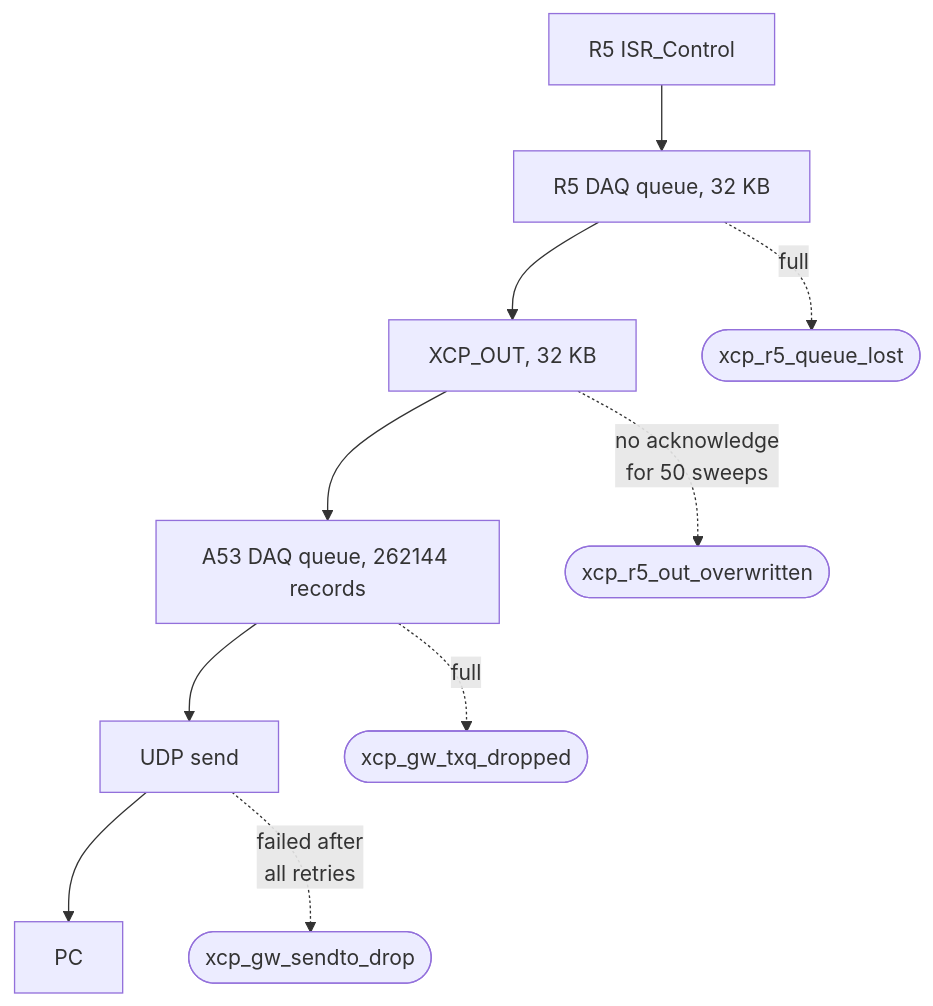
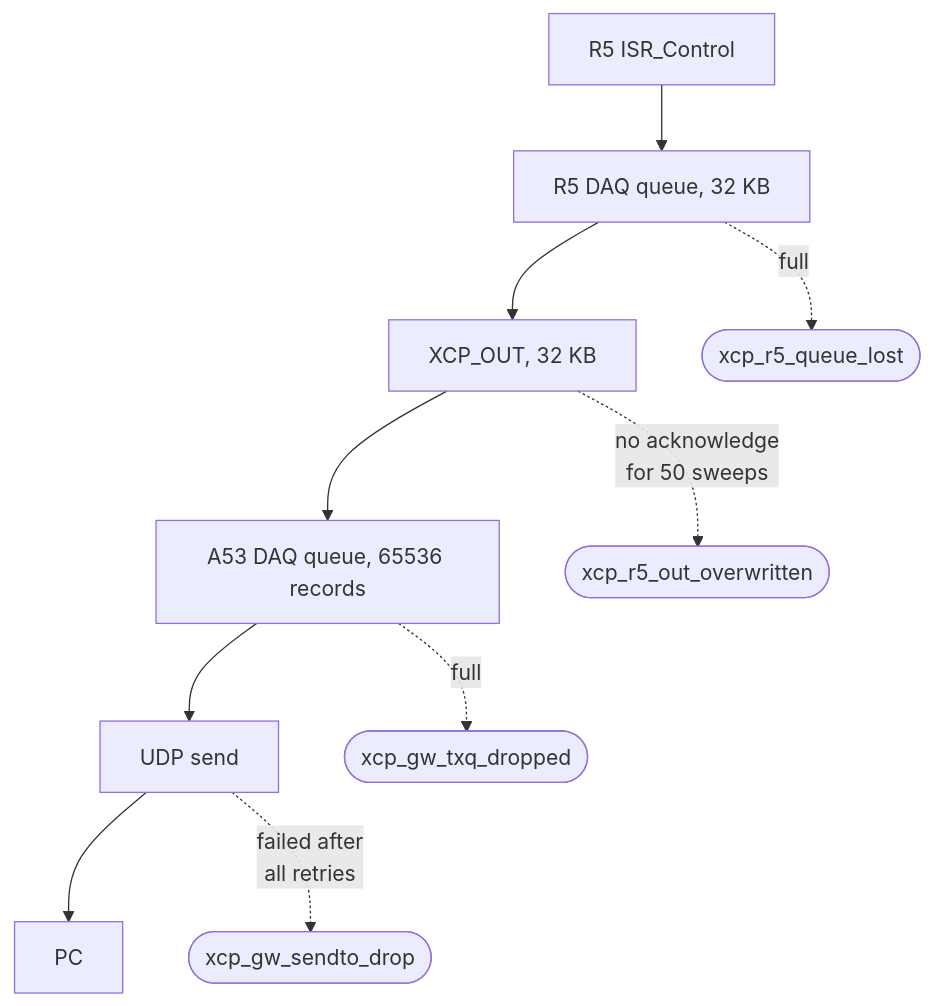
Before and after one commit to ultrazohm/ultrazohm_sw: the diagram in docs/source/guide/XCP/XCP_diagnostics.rst, drawn with Mermaid. The commit also changed 4 other files, not shown here.

```diff
--- a/docs/source/guide/XCP/XCP_diagnostics.rst
+++ b/docs/source/guide/XCP/XCP_diagnostics.rst
@@ -14,14 +14,14 @@
 .. mermaid::
     :align: center
     :caption: Buffers on the way of the measurement data and the counter that belongs to each of them
 
     flowchart TB
       isr["R5 ISR_Control"] --> q1["R5 DAQ queue, 32 KB"]
       q1 --> out["XCP_OUT, 32 KB"]
-      out --> q2["A53 DAQ queue, 262144 records"]
+      out --> q2["A53 DAQ queue, 65536 records"]
       q2 --> udp["UDP send"]
       udp --> pc["PC"]
       q1 -. "full" .-> c1(["xcp_r5_queue_lost"])
       out -. "no acknowledge<br>for 50 sweeps" .-> c2(["xcp_r5_out_overwritten"])
       q2 -. "full" .-> c3(["xcp_gw_txq_dropped"])
       udp -. "failed after<br>all retries" .-> c4(["xcp_gw_sendto_drop"])
```
